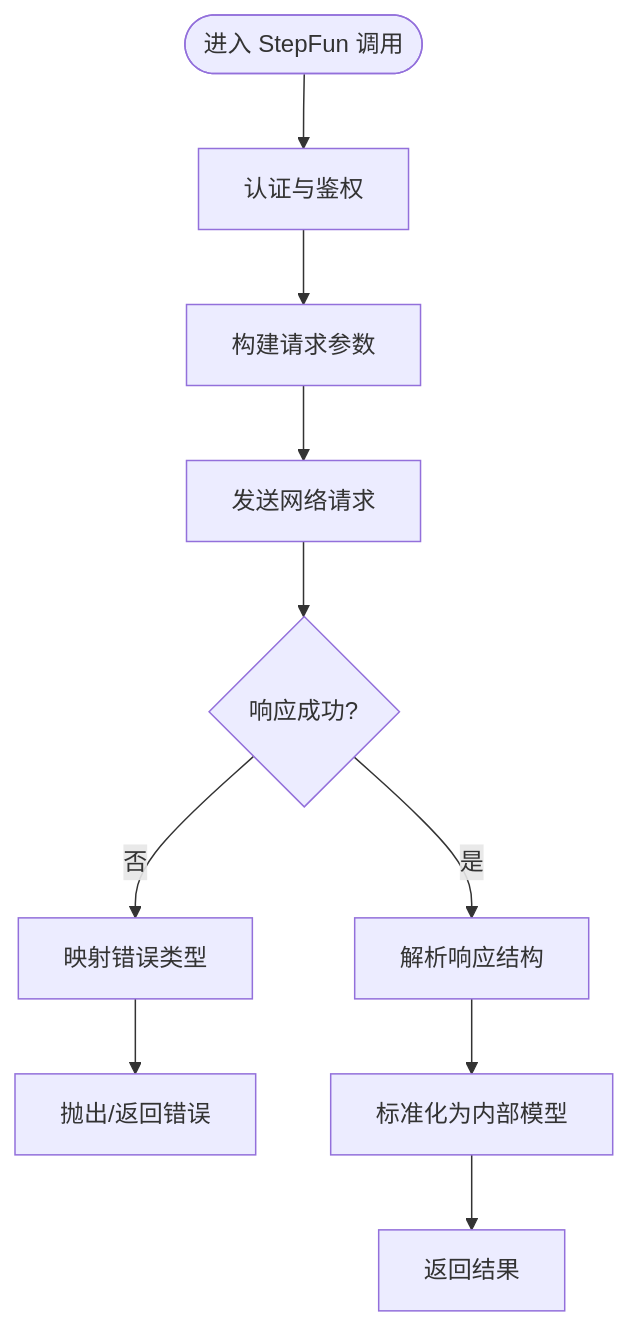
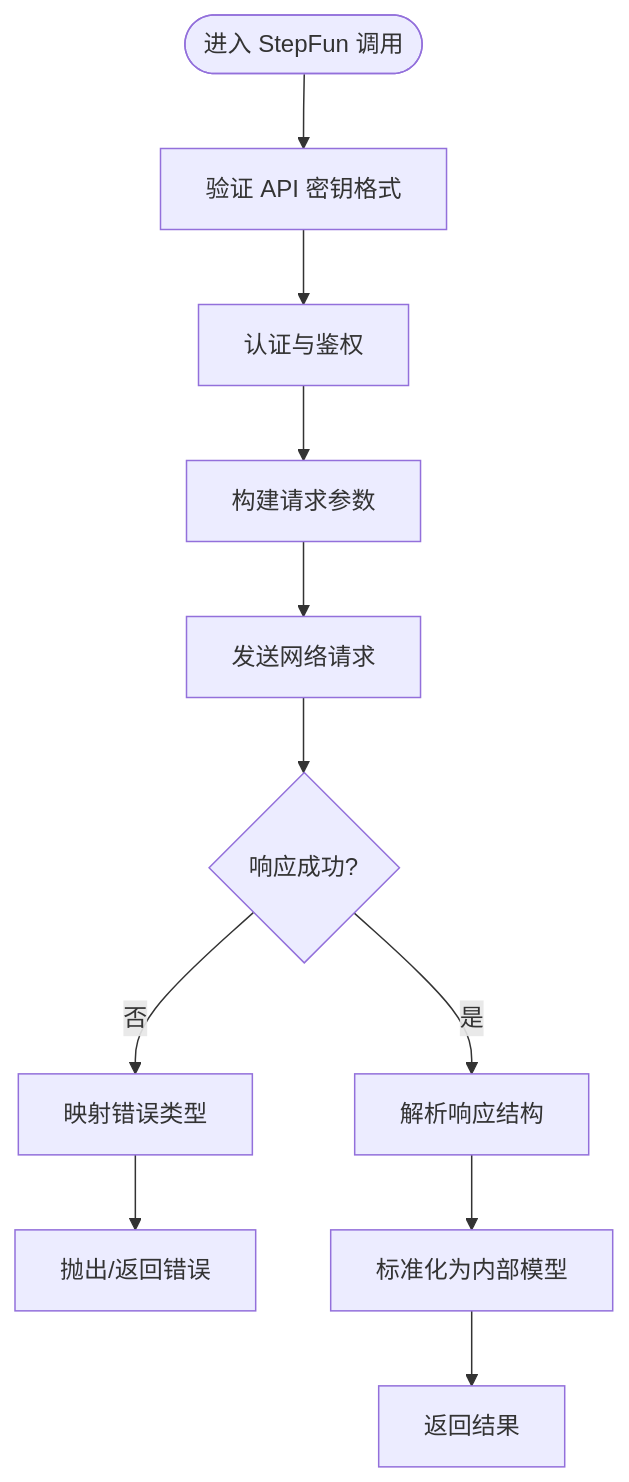
The fourth of 7 diagrams in .qoder/repowiki/zh/content/架构设计/核心模块设计/AI 服务集成设计.md (AIMFllyYS/code-video-canvas), drawn with Mermaid before and after one commit. The commit also changed other lines of this file and 31 other files, not shown here.

````diff
--- a/.qoder/repowiki/zh/content/架构设计/核心模块设计/AI 服务集成设计.md
+++ b/.qoder/repowiki/zh/content/架构设计/核心模块设计/AI 服务集成设计.md
@@ -201,12 +210,13 @@
 ```mermaid
 flowchart TD
-Start(["进入 StepFun 调用"]) --> Auth["认证与鉴权"]
+Start(["进入 StepFun 调用"]) --> ValidateKey["验证 API 密钥格式"]
+ValidateKey --> Auth["认证与鉴权"]
 Auth --> BuildReq["构建请求参数"]
 BuildReq --> SendReq["发送网络请求"]
 SendReq --> Resp{"响应成功?"}
 Resp -- "否" --> MapErr["映射错误类型"]
 MapErr --> ReturnErr["抛出/返回错误"]
 Resp -- "是" --> ParseResp["解析响应结构"]
 ParseResp --> Normalize["标准化为内部模型"]
 Normalize --> ReturnOk["返回结果"]
 ```
````
